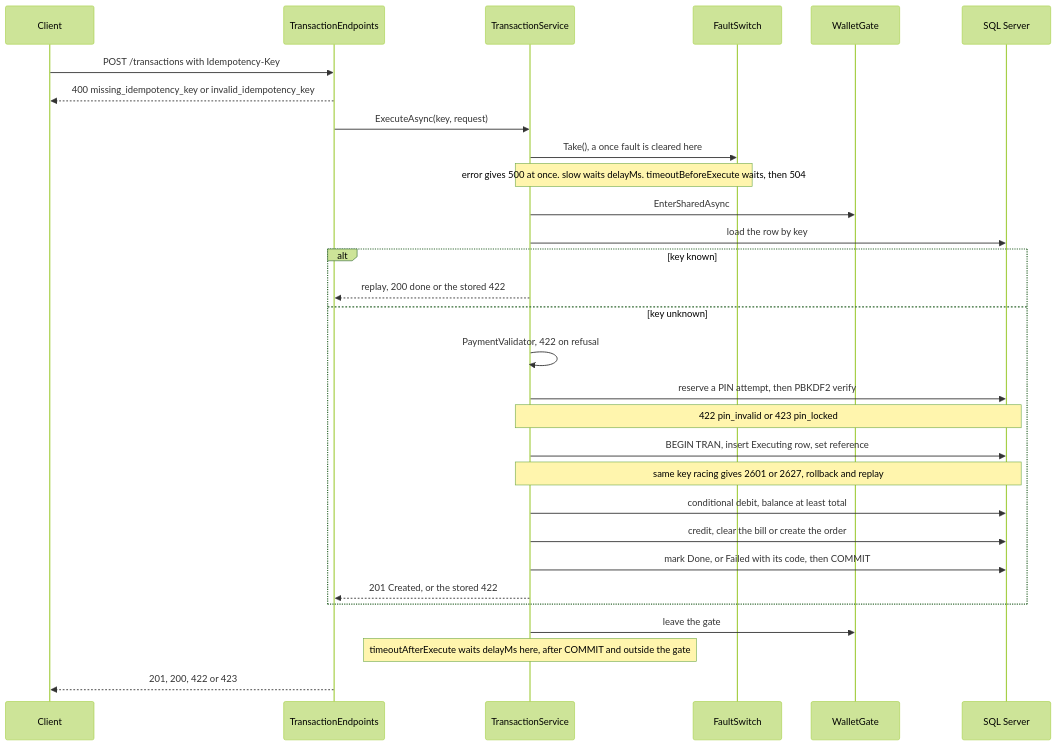
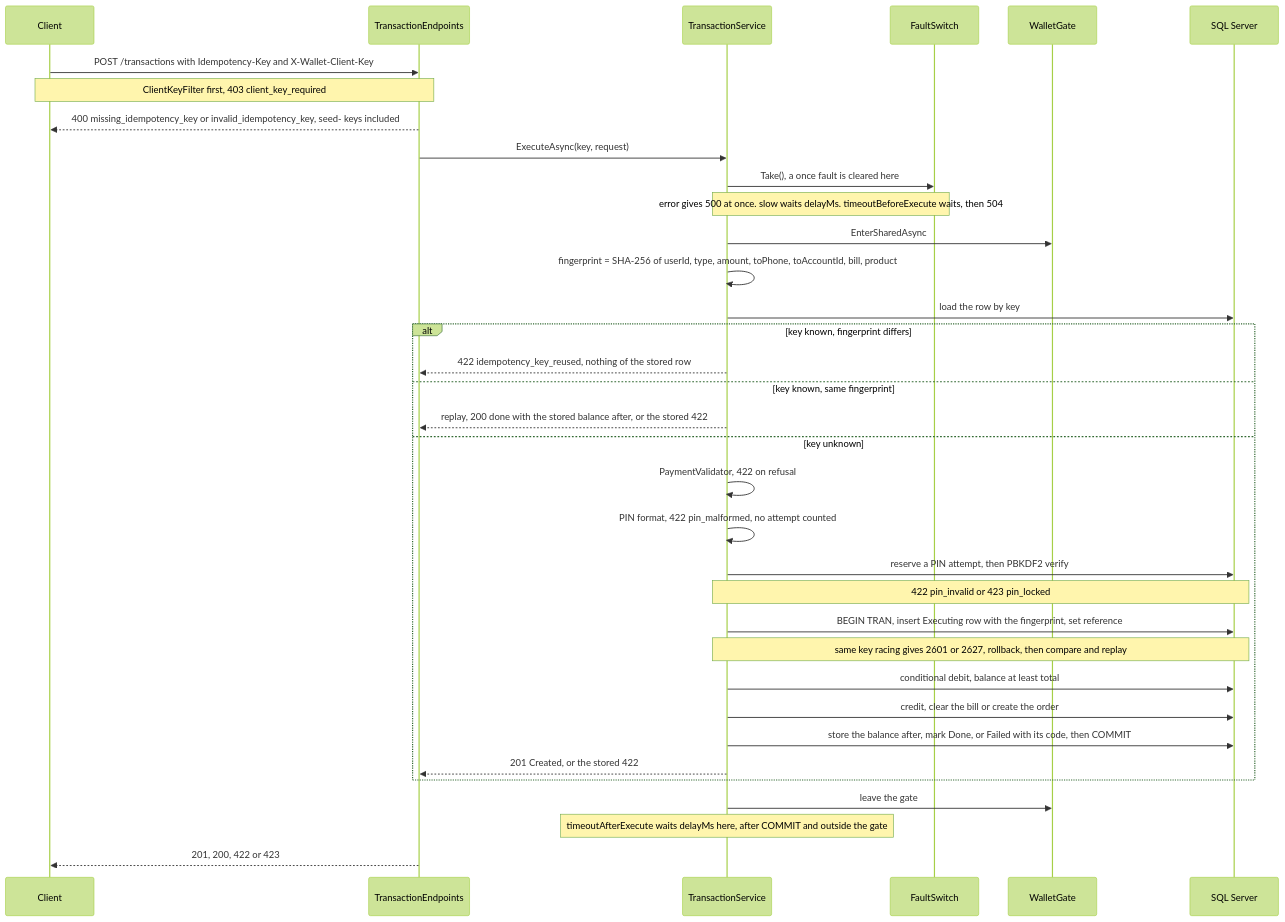
The first of 6 diagrams in docs/wallet-api.md (Khalil-Alhadidi/Naqoli), drawn with Mermaid (forest theme) before and after one commit. The commit also changed other lines of this file and 4 other files, not shown here.

First line of the commit message:
docs(wallet): client key, replay fingerprint, balance after, PIN format, closed payer

````diff
--- a/docs/wallet-api.md
+++ b/docs/wallet-api.md
@@ -276,33 +280,38 @@
 ```mermaid
 sequenceDiagram
     participant C as Client
     participant E as TransactionEndpoints
     participant S as TransactionService
     participant F as FaultSwitch
     participant G as WalletGate
     participant D as SQL Server
 
-    C->>E: POST /transactions with Idempotency-Key
-    E-->>C: 400 missing_idempotency_key or invalid_idempotency_key
+    C->>E: POST /transactions with Idempotency-Key and X-Wallet-Client-Key
+    Note over C,E: ClientKeyFilter first, 403 client_key_required
+    E-->>C: 400 missing_idempotency_key or invalid_idempotency_key, seed- keys included
     E->>S: ExecuteAsync(key, request)
     S->>F: Take(), a once fault is cleared here
     Note over S,F: error gives 500 at once. slow waits delayMs. timeoutBeforeExecute waits, then 504
     S->>G: EnterSharedAsync
+    S->>S: fingerprint = SHA-256 of userId, type, amount, toPhone, toAccountId, bill, product
     S->>D: load the row by key
-    alt key known
-        S-->>E: replay, 200 done or the stored 422
+    alt key known, fingerprint differs
+        S-->>E: 422 idempotency_key_reused, nothing of the stored row
+    else key known, same fingerprint
+        S-->>E: replay, 200 done with the stored balance after, or the stored 422
     else key unknown
         S->>S: PaymentValidator, 422 on refusal
+        S->>S: PIN format, 422 pin_malformed, no attempt counted
         S->>D: reserve a PIN attempt, then PBKDF2 verify
         Note over S,D: 422 pin_invalid or 423 pin_locked
-        S->>D: BEGIN TRAN, insert Executing row, set reference
-        Note over S,D: same key racing gives 2601 or 2627, rollback and replay
+        S->>D: BEGIN TRAN, insert Executing row with the fingerprint, set reference
+        Note over S,D: same key racing gives 2601 or 2627, rollback, then compare and replay
         S->>D: conditional debit, balance at least total
         S->>D: credit, clear the bill or create the order
-        S->>D: mark Done, or Failed with its code, then COMMIT
+        S->>D: store the balance after, mark Done, or Failed with its code, then COMMIT
         S-->>E: 201 Created, or the stored 422
     end
     S->>G: leave the gate
     Note over S: timeoutAfterExecute waits delayMs here, after COMMIT and outside the gate
     E-->>C: 201, 200, 422 or 423
 ```
````
